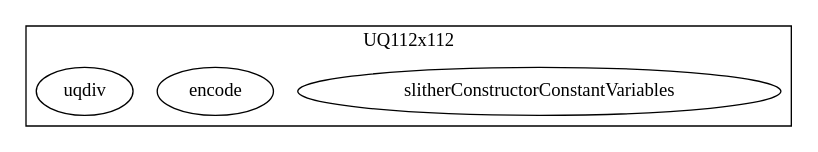
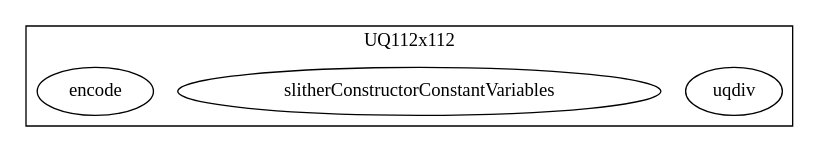
Before and after one commit to naolia1211/Blockchain-Smart-Contract-Security: the diagram in a.sol.UQ112x112.call-graph.dot, drawn with Graphviz. The commit also changed other lines of this file and 5 other files, not shown here.

Commit message:
update call-graph.dot files

```diff
--- a/a.sol.UQ112x112.call-graph.dot
+++ b/a.sol.UQ112x112.call-graph.dot
@@ -1,10 +1,10 @@
 strict digraph {
 subgraph cluster_651_UQ112x112 {
 label = "UQ112x112"
+"651_uqdiv" [label="uqdiv"]
 "651_slitherConstructorConstantVariables" [label="slitherConstructorConstantVariables"]
 "651_encode" [label="encode"]
-"651_uqdiv" [label="uqdiv"]
 }subgraph cluster_solidity {
 label = "[Solidity]"
 }
 }
```
